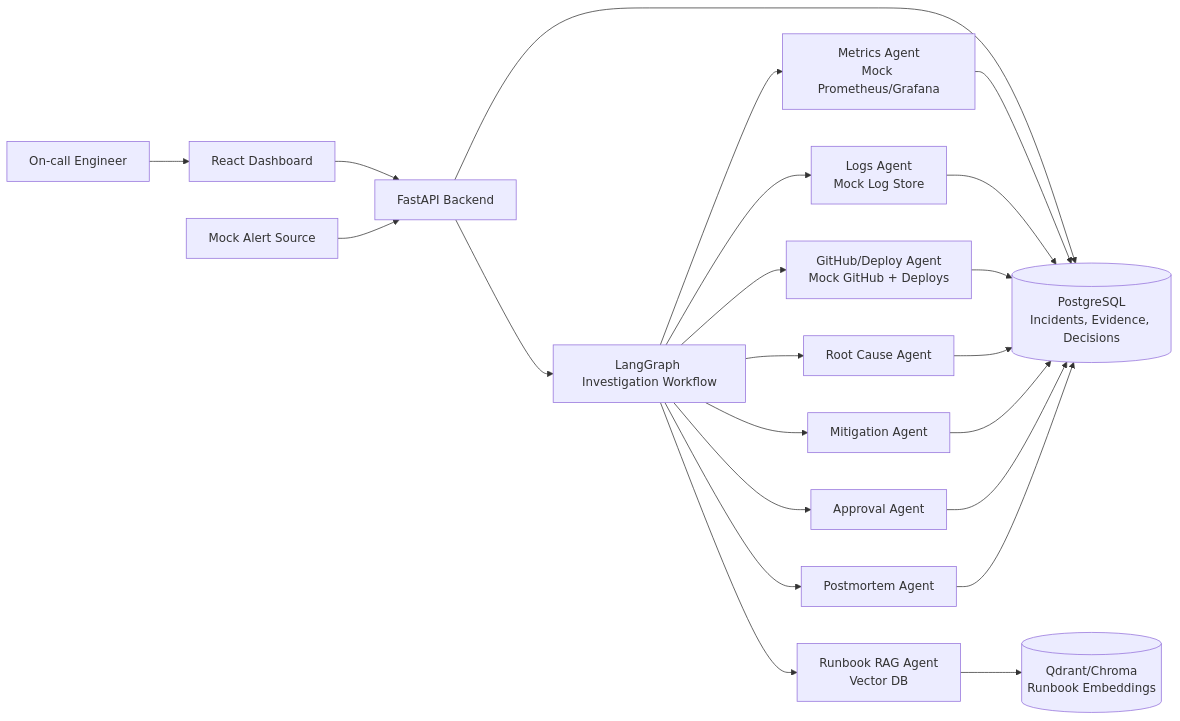
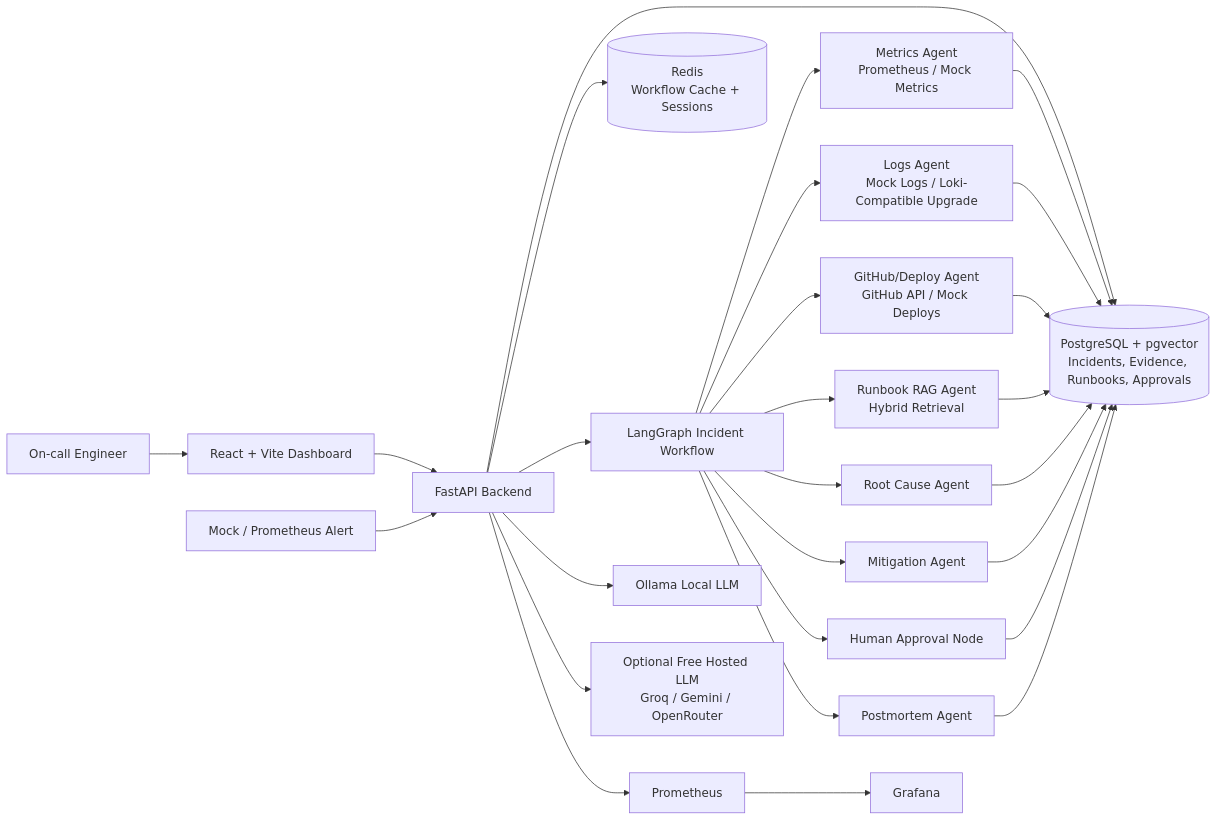
Before and after one commit to Sonawane07/agentic-ai-incident-commander: the first of 2 diagrams in docs/system-design-architecture.md, drawn with Mermaid. The commit also changed other lines of this file and 10 other files, not shown here.

````diff
--- a/docs/system-design-architecture.md
+++ b/docs/system-design-architecture.md
@@ -22,27 +72,33 @@
 ```mermaid
 flowchart LR
-    User["On-call Engineer"] --> UI["React Dashboard"]
+    User["On-call Engineer"] --> UI["React + Vite Dashboard"]
     UI --> API["FastAPI Backend"]
-    AlertSource["Mock Alert Source"] --> API
+    AlertSource["Mock / Prometheus Alert"] --> API
 
-    API --> DB[("PostgreSQL\nIncidents, Evidence, Decisions")]
-    API --> Graph["LangGraph Investigation Workflow"]
+    API --> DB[("PostgreSQL + pgvector\nIncidents, Evidence, Runbooks, Approvals")]
+    API --> Redis[("Redis\nWorkflow Cache + Sessions")]
+    API --> Graph["LangGraph Incident Workflow"]
 
-    Graph --> Metrics["Metrics Agent\nMock Prometheus/Grafana"]
-    Graph --> Logs["Logs Agent\nMock Log Store"]
-    Graph --> GitHub["GitHub/Deploy Agent\nMock GitHub + Deploys"]
-    Graph --> Runbook["Runbook RAG Agent\nVector DB"]
+    Graph --> Metrics["Metrics Agent\nPrometheus / Mock Metrics"]
+    Graph --> Logs["Logs Agent\nMock Logs / Loki-Compatible Upgrade"]
+    Graph --> GitHub["GitHub/Deploy Agent\nGitHub API / Mock Deploys"]
+    Graph --> Runbook["Runbook RAG Agent\nHybrid Retrieval"]
     Graph --> RCA["Root Cause Agent"]
     Graph --> Mitigation["Mitigation Agent"]
-    Graph --> Approval["Approval Agent"]
+    Graph --> Approval["Human Approval Node"]
     Graph --> Postmortem["Postmortem Agent"]
 
-    Runbook --> VectorDB[("Qdrant/Chroma\nRunbook Embeddings")]
+    Runbook --> DB
     Metrics --> DB
     Logs --> DB
     GitHub --> DB
     RCA --> DB
     Mitigation --> DB
     Approval --> DB
     Postmortem --> DB
+
+    API --> Ollama["Ollama Local LLM"]
+    API --> OptionalLLM["Optional Free Hosted LLM\nGroq / Gemini / OpenRouter"]
+    API --> Prom["Prometheus"]
+    Prom --> Grafana["Grafana"]
 ```
````
